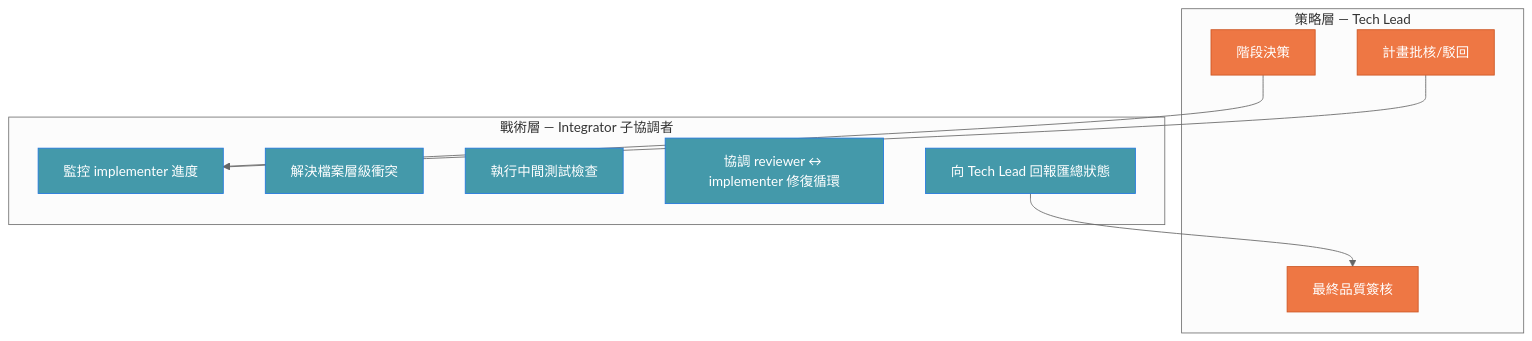
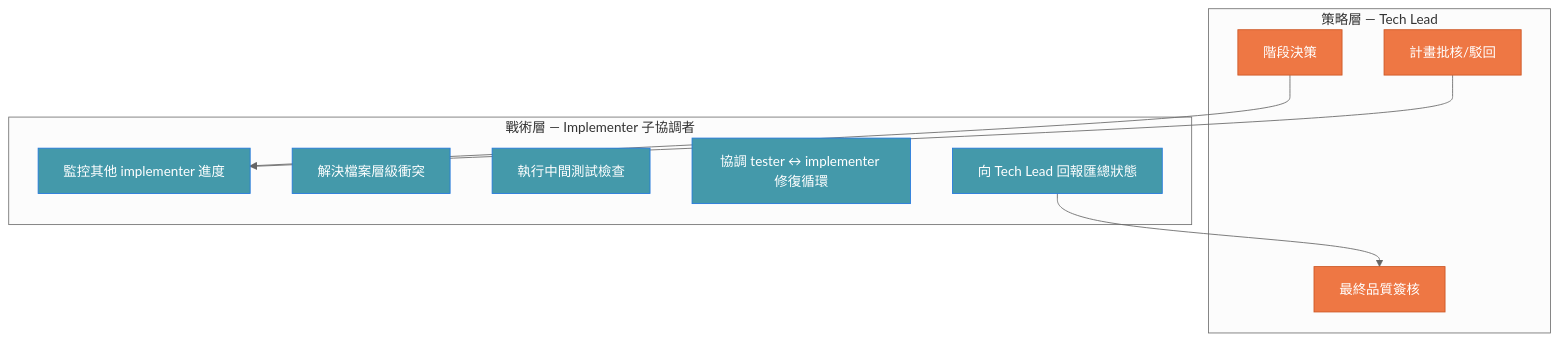
Before and after one commit to Muheng1992/symbiotic-engineering: diagram 11 of 18 in docs/AGENT-ARMY-DESIGN.md, drawn with Mermaid (neutral theme). The commit also changed other lines of this file and 46 other files, not shown here.

````diff
--- a/docs/AGENT-ARMY-DESIGN.md
+++ b/docs/AGENT-ARMY-DESIGN.md
@@ -676,29 +591,29 @@
 ```mermaid
 graph TB
     subgraph "策略層 — Tech Lead"
         S1[階段決策]
         S2[計畫批核/駁回]
         S3[最終品質簽核]
     end
 
-    subgraph "戰術層 — Integrator 子協調者"
-        T1[監控 implementer 進度]
+    subgraph "戰術層 — Implementer 子協調者"
+        T1[監控其他 implementer 進度]
         T2[解決檔案層級衝突]
         T3[執行中間測試檢查]
-        T4["協調 reviewer ↔ implementer 修復循環"]
+        T4["協調 tester ↔ implementer 修復循環"]
         T5[向 Tech Lead 回報匯總狀態]
     end
 
     S1 --> T1
     S2 --> T1
     T5 --> S3
 
     style S1 fill:#e74,stroke:#c52,color:#fff
     style S2 fill:#e74,stroke:#c52,color:#fff
     style S3 fill:#e74,stroke:#c52,color:#fff
     style T1 fill:#49a,stroke:#27d,color:#fff
     style T2 fill:#49a,stroke:#27d,color:#fff
     style T3 fill:#49a,stroke:#27d,color:#fff
     style T4 fill:#49a,stroke:#27d,color:#fff
     style T5 fill:#49a,stroke:#27d,color:#fff
 ```
````
